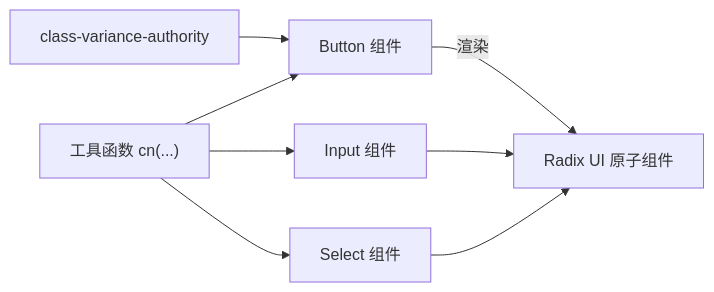
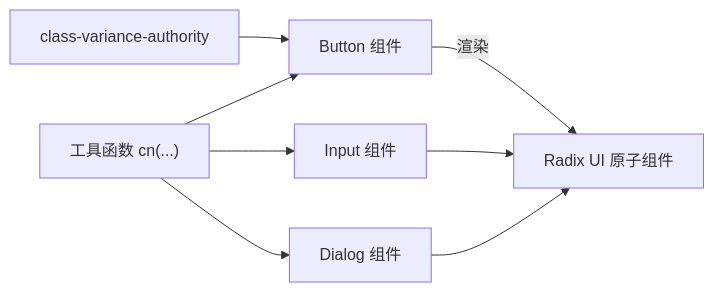
Before and after one commit to BlackBoxRecorder/uninote: the second of 8 diagrams in .qoder/repowiki/zh/content/UI 组件库/UI 组件库.md, drawn with Mermaid. The commit also changed other lines of this file and 9 other files, not shown here.

````diff
--- a/.qoder/repowiki/zh/content/UI 组件库/UI 组件库.md
+++ b/.qoder/repowiki/zh/content/UI 组件库/UI 组件库.md
@@ -158,15 +142,15 @@
 ```mermaid
 graph LR
 UTL["工具函数 cn(...)"]
 CN["class-variance-authority"]
 BTN["Button 组件"]
 INP["Input 组件"]
-SEL["Select 组件"]
+DIA["Dialog 组件"]
 UTL --> BTN
 UTL --> INP
-UTL --> SEL
+UTL --> DIA
 CN --> BTN
 BTN --> |"渲染"| RADIX["Radix UI 原子组件"]
 INP --> RADIX
-SEL --> RADIX
+DIA --> RADIX
 ```
````
